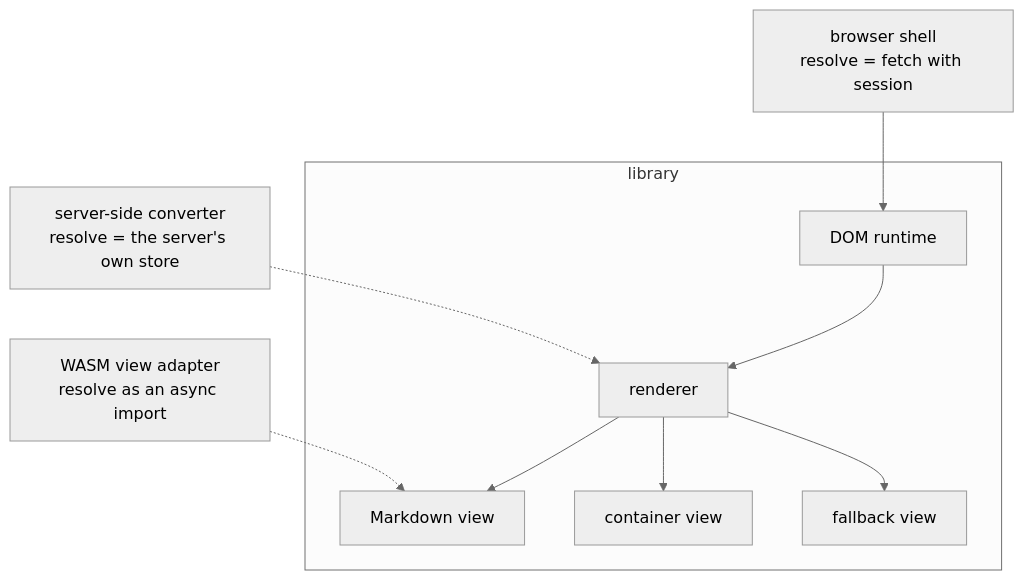
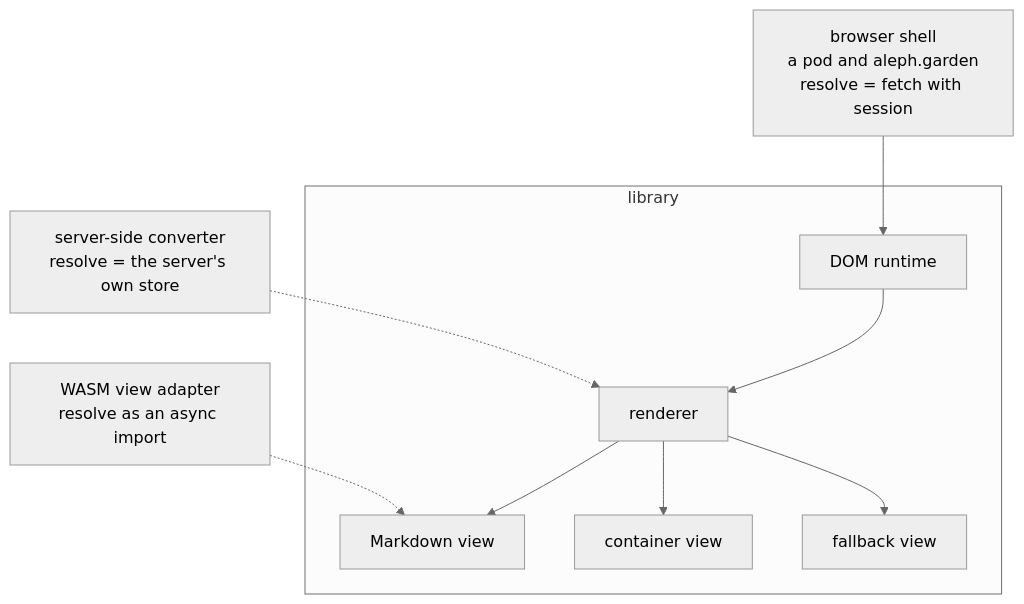
Before and after one commit to aleph-garden/vitrine: the first of 2 diagrams in packages/www/src/content/docs/docs/view/hosts.mdx, drawn with Mermaid (neutral theme). The commit also changed other lines of this file and 3 other files, not shown here.

Commit message:
docs(www): the aleph.garden host, address scheme and isolation

````diff
--- a/packages/www/src/content/docs/docs/view/hosts.mdx
+++ b/packages/www/src/content/docs/docs/view/hosts.mdx
@@ -9,15 +9,15 @@
 ```mermaid
 flowchart TB
   subgraph lib [library]
     R[renderer]
     RT[DOM runtime]
     V1[Markdown view]
     V2[container view]
     V3[fallback view]
   end
-  B[browser shell<br/>resolve = fetch with session] --> RT
+  B[browser shell<br/>a pod and aleph.garden<br/>resolve = fetch with session] --> RT
   S[server-side converter<br/>resolve = the server's own store] -.-> R
   W[WASM view adapter<br/>resolve as an async import] -.-> V1
   RT --> R
   R --> V1 & V2 & V3
 ```
````
